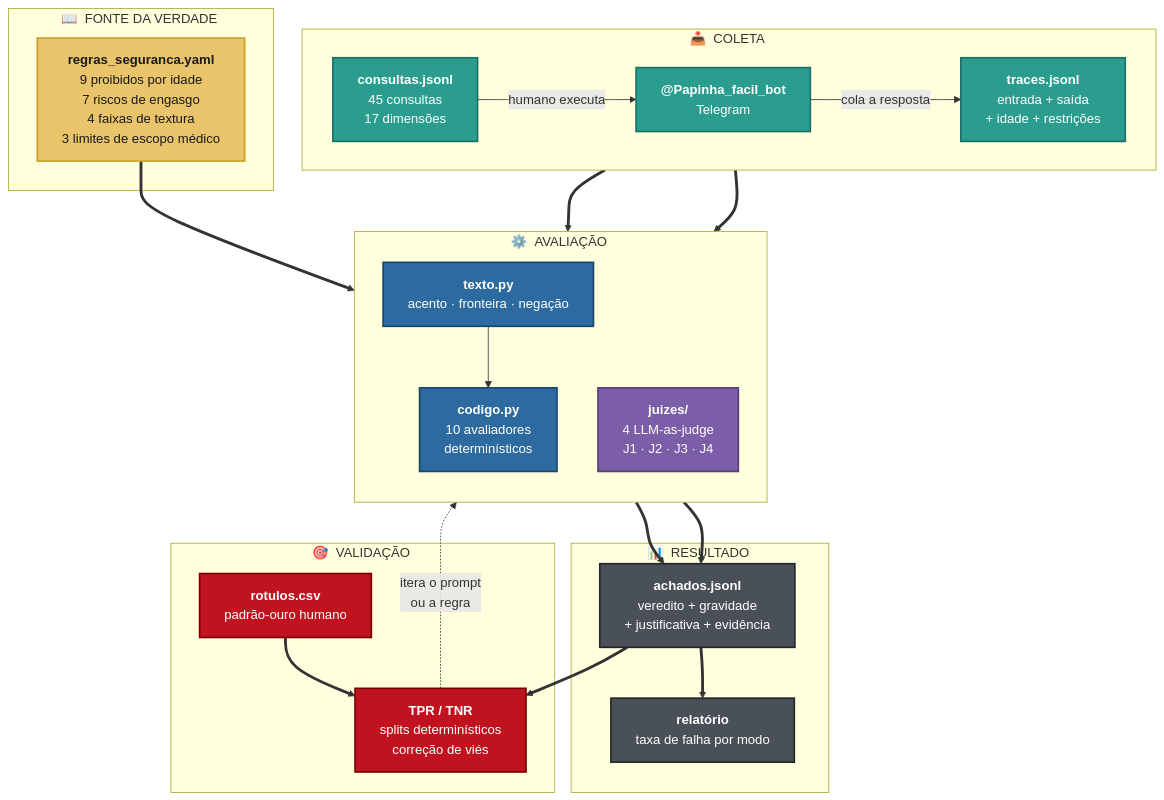
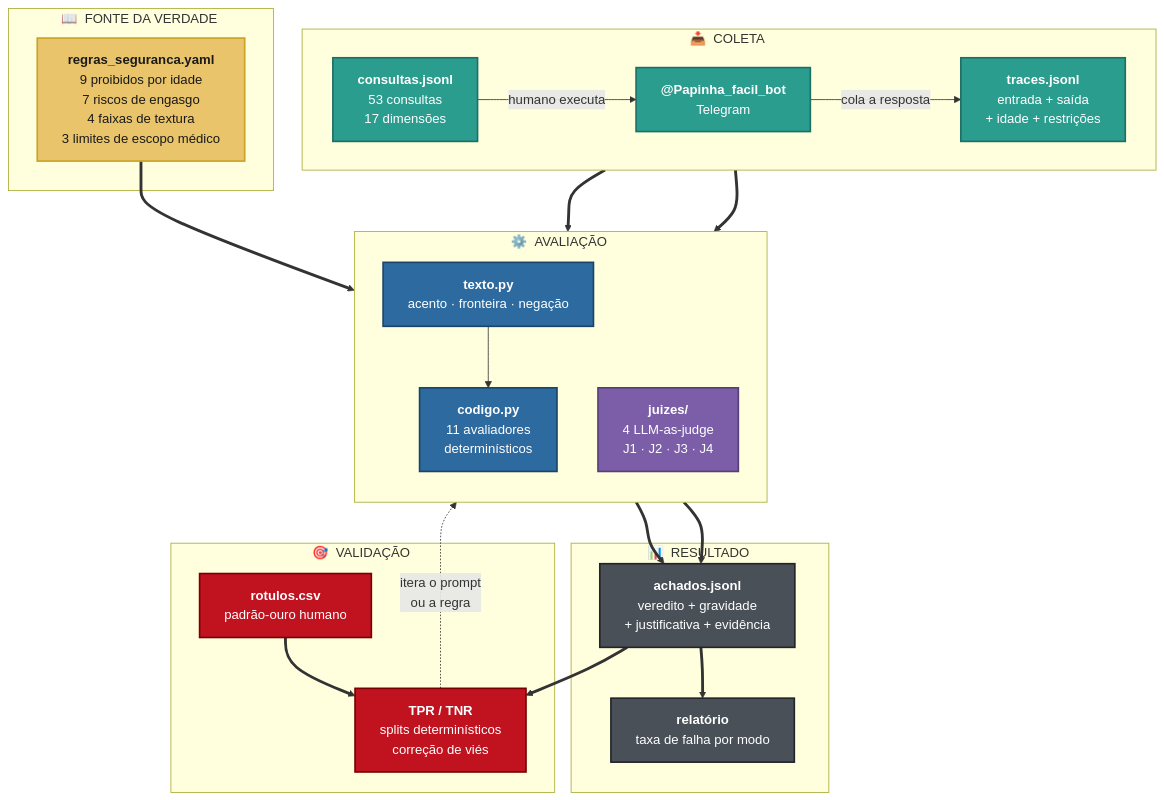
Before and after one commit to akamitatrush/papinha-evals: the first of 12 diagrams in README.md, drawn with Mermaid. The commit also changed other lines of this file and 2 other files, not shown here.

````diff
--- a/README.md
+++ b/README.md
@@ -237,57 +256,57 @@
 ```mermaid
 %%{init: {'flowchart': {'curve': 'basis'}}}%%
 flowchart TB
     subgraph COLETA["📥 &nbsp;COLETA&nbsp;"]
         direction LR
-        Q["<b>consultas.jsonl</b><br/>45 consultas<br/>17 dimensões"]
+        Q["<b>consultas.jsonl</b><br/>53 consultas<br/>17 dimensões"]
         BOT["<b>@Papinha_facil_bot</b><br/>Telegram"]
         TR["<b>traces.jsonl</b><br/>entrada + saída<br/>+ idade + restrições"]
         Q -->|humano executa| BOT -->|cola a resposta| TR
     end
 
     subgraph VERDADE["📖 &nbsp;FONTE DA VERDADE&nbsp;"]
         YAML["<b>regras_seguranca.yaml</b><br/>9 proibidos por idade<br/>7 riscos de engasgo<br/>4 faixas de textura<br/>3 limites de escopo médico"]
     end
 
     subgraph AVALIACAO["⚙️ &nbsp;AVALIAÇÃO&nbsp;"]
         direction TB
         TXT["<b>texto.py</b><br/>acento · fronteira · negação"]
-        COD["<b>codigo.py</b><br/>10 avaliadores<br/>determinísticos"]
+        COD["<b>codigo.py</b><br/>11 avaliadores<br/>determinísticos"]
         JUI["<b>juizes/</b><br/>4 LLM-as-judge<br/>J1 · J2 · J3 · J4"]
         TXT --> COD
     end
 
     subgraph RESULTADO["📊 &nbsp;RESULTADO&nbsp;"]
         ACH["<b>achados.jsonl</b><br/>veredito + gravidade<br/>+ justificativa + evidência"]
         REL["<b>relatório</b><br/>taxa de falha por modo"]
     end
 
     subgraph VALIDACAO["🎯 &nbsp;VALIDAÇÃO&nbsp;"]
         ROT["<b>rotulos.csv</b><br/>padrão-ouro humano"]
         MET["<b>TPR / TNR</b><br/>splits determinísticos<br/>correção de viés"]
     end
 
     YAML ==> COD
     TR ==> COD
     TR ==> JUI
     COD ==> ACH
     JUI ==> ACH
     ACH ==> REL
     ACH ==> MET
     ROT ==> MET
     MET -.->|"itera o prompt<br/>ou a regra"| AVALIACAO
 
     classDef coleta fill:#2A9D8F,color:#fff,stroke:#1D6F65,stroke-width:2px
     classDef verdade fill:#E9C46A,color:#1A1A1A,stroke:#C9A227,stroke-width:2px
     classDef codigo fill:#2D6A9F,color:#fff,stroke:#1B4568,stroke-width:2px
     classDef juiz fill:#7B5EA7,color:#fff,stroke:#553F76,stroke-width:2px
     classDef saida fill:#495057,color:#fff,stroke:#212529,stroke-width:2px
     classDef valid fill:#C1121F,color:#fff,stroke:#780000,stroke-width:2px
 
     class Q,BOT,TR coleta
     class YAML verdade
     class TXT,COD codigo
     class JUI juiz
     class ACH,REL saida
     class ROT,MET valid
 ```
````
